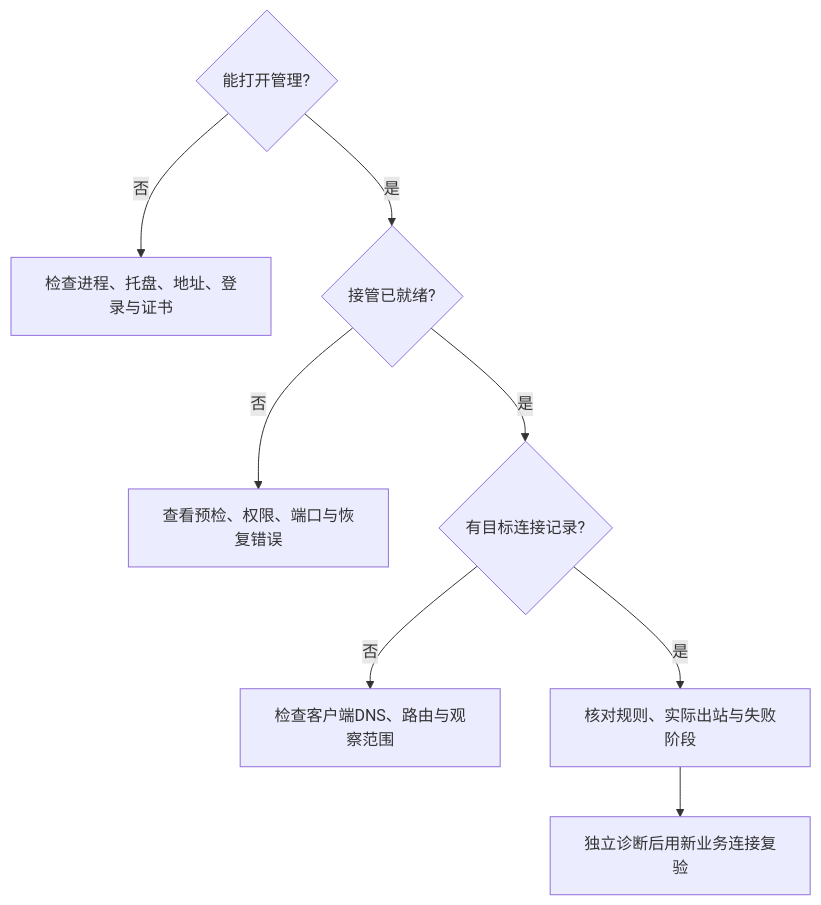
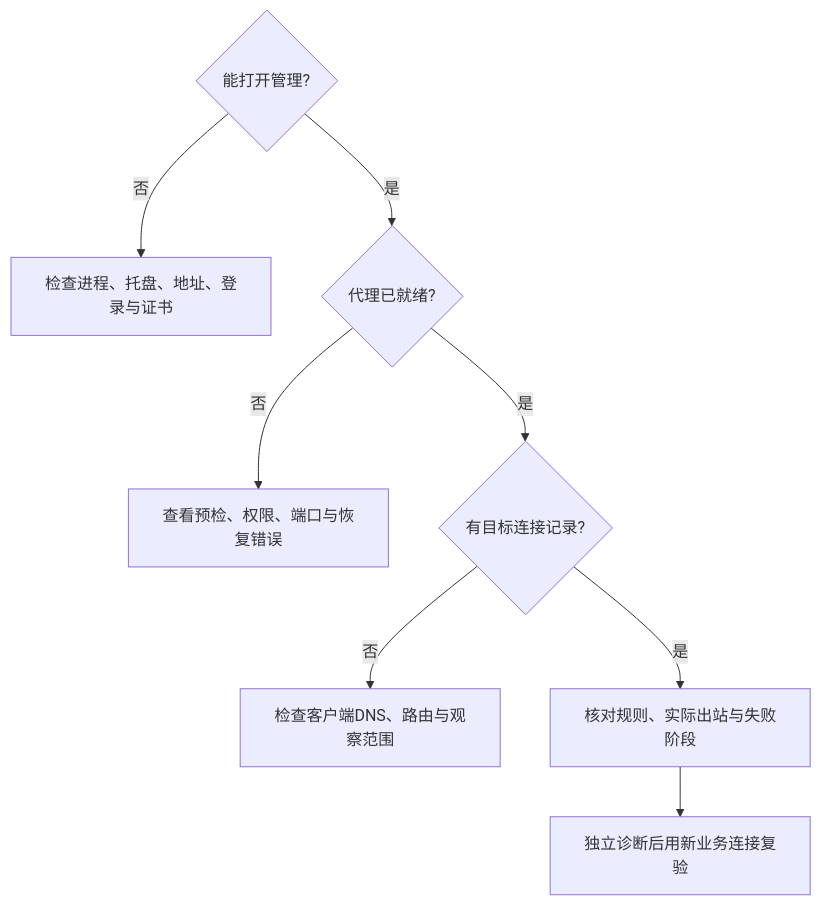
Before and after one commit to xjdrew/kone: the diagram in docs/user/troubleshooting.md, drawn with Mermaid. The commit also changed other lines of this file and 65 other files, not shown here.

````diff
--- a/docs/user/troubleshooting.md
+++ b/docs/user/troubleshooting.md
@@ -7,10 +7,10 @@
 ```mermaid
 flowchart TD
   A{能打开管理?} -->|否| B[检查进程、托盘、地址、登录与证书]
-  A -->|是| C{接管已就绪?}
+  A -->|是| C{代理已就绪?}
   C -->|否| D[查看预检、权限、端口与恢复错误]
   C -->|是| E{有目标连接记录?}
   E -->|否| F[检查客户端DNS、路由与观察范围]
   E -->|是| G[核对规则、实际出站与失败阶段]
   G --> H[独立诊断后用新业务连接复验]
 ```
````
